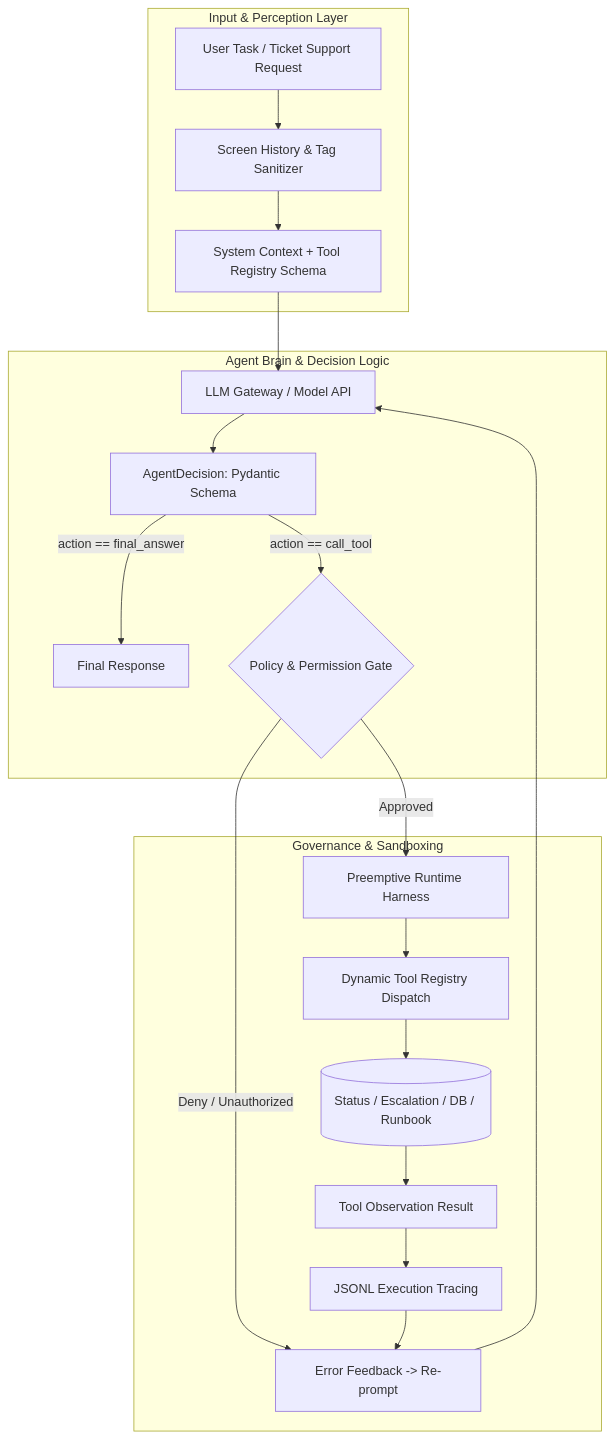
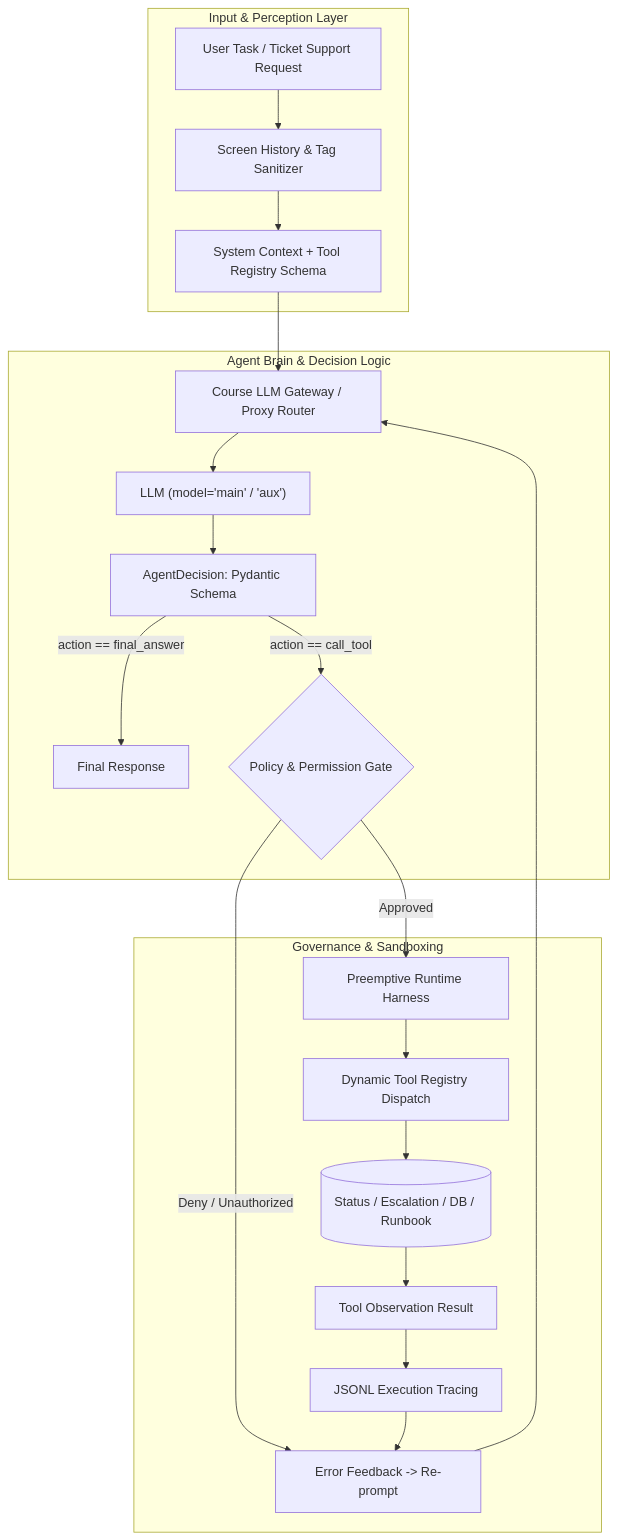
Before and after one commit to Swarnadip-Kar/agentic-systems-development: the diagram in README.md, drawn with Mermaid. The commit also changed other lines of this file and 280 other files, not shown here.

Commit message:
refactor: nest labs into project folder and clarify course gateway architecture

````diff
--- a/README.md
+++ b/README.md
@@ -35,26 +37,27 @@
 ```mermaid
 flowchart TD
     subgraph Client ["Input & Perception Layer"]
         Task[User Task / Ticket Support Request] --> ScreenHistory[Screen History & Tag Sanitizer]
         ScreenHistory --> Prompt[System Context + Tool Registry Schema]
     end
 
     subgraph Core ["Agent Brain & Decision Logic"]
-        Prompt --> LLM[LLM Gateway / Model API]
+        Prompt --> Gateway[Course LLM Gateway / Proxy Router]
+        Gateway --> LLM["LLM (model='main' / 'aux')"]
         LLM --> Decision[AgentDecision: Pydantic Schema]
         Decision -- "action == final_answer" --> Final[Final Response]
         Decision -- "action == call_tool" --> PolicyGate{Policy & Permission Gate}
     end
 
     subgraph Safety ["Governance & Sandboxing"]
         PolicyGate -- "Deny / Unauthorized" --> Feedback[Error Feedback -> Re-prompt]
         PolicyGate -- "Approved" --> PreemptiveHarness[Preemptive Runtime Harness]
         PreemptiveHarness --> ToolDispatch[Dynamic Tool Registry Dispatch]
         ToolDispatch --> Tools[(Status / Escalation / DB / Runbook)]
         Tools --> ToolObs[Tool Observation Result]
         ToolObs --> TraceLogger[JSONL Execution Tracing]
         TraceLogger --> Feedback
     end
 
-    Feedback --> LLM
+    Feedback --> Gateway
 ```
````
